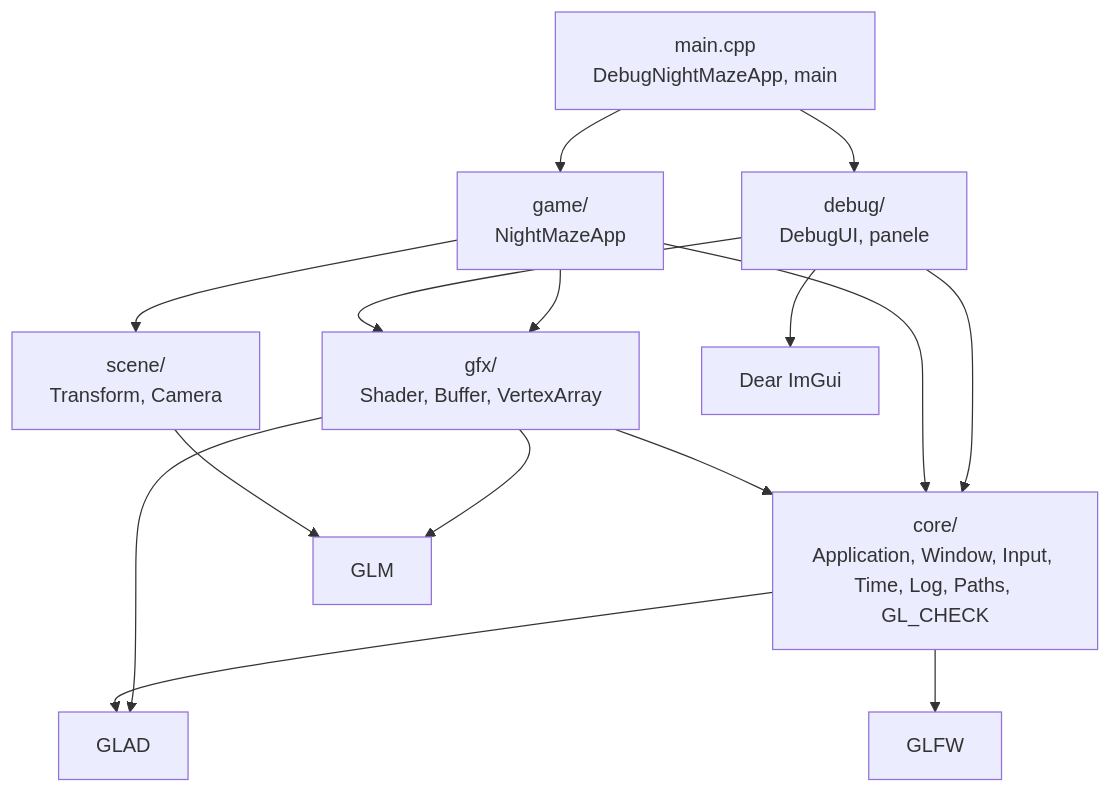
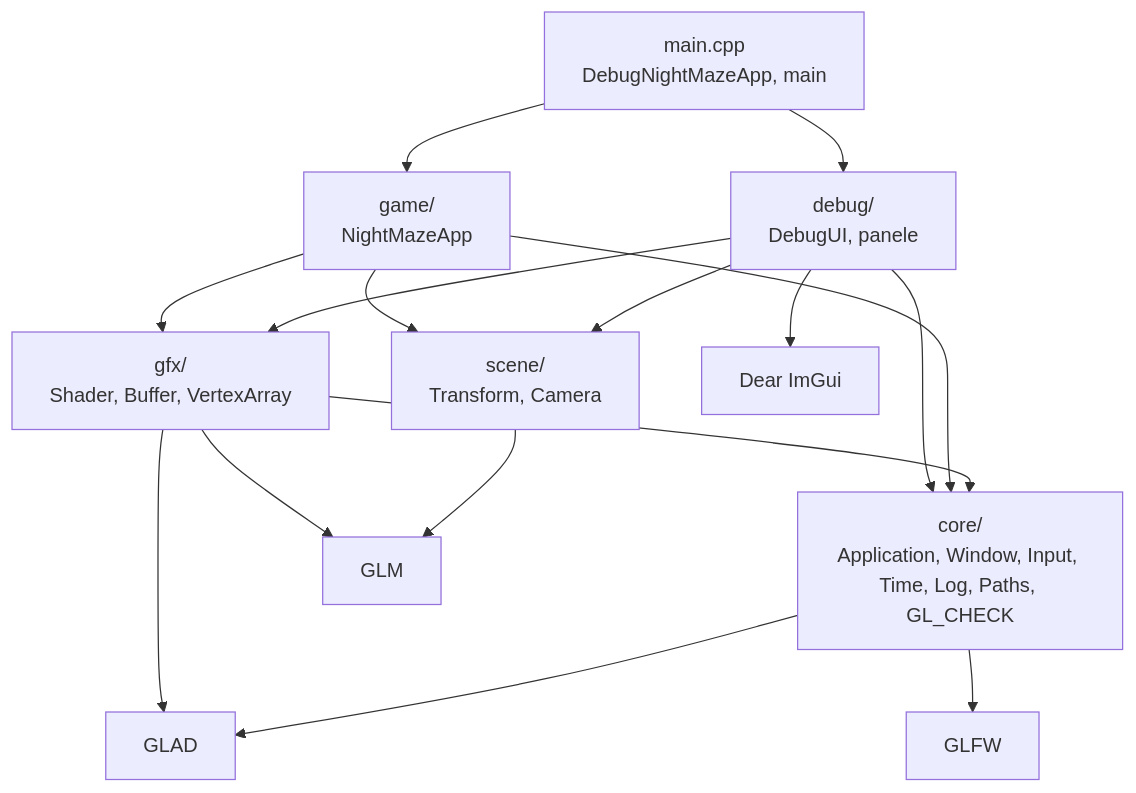
The third of 4 diagrams in docs/modules/gfx/README.md (Shironex/night-maze), drawn with Mermaid before and after one commit. The commit also changed 25 other files, not shown here.

````diff
--- a/docs/modules/gfx/README.md
+++ b/docs/modules/gfx/README.md
@@ -103,17 +103,18 @@
 ```mermaid
 flowchart TD
     Main["main.cpp<br/>DebugNightMazeApp, main"] --> Debug["debug/<br/>DebugUI, panele"]
     Main --> Game["game/<br/>NightMazeApp"]
     Debug --> Core["core/<br/>Application, Window, Input, Time, Log, Paths, GL_CHECK"]
     Game --> Core
     Game --> Gfx
     Game --> Scene
     Debug --> Gfx
+    Debug --> Scene
     Gfx["gfx/<br/>Shader, Buffer, VertexArray"] --> Core
     Gfx --> Glm
     Scene["scene/<br/>Transform, Camera"] --> Glm["GLM"]
     Gfx --> Glad["GLAD"]
     Core --> Glad
     Core --> Glfw["GLFW"]
     Debug --> ImGui["Dear ImGui"]
 ```
````
